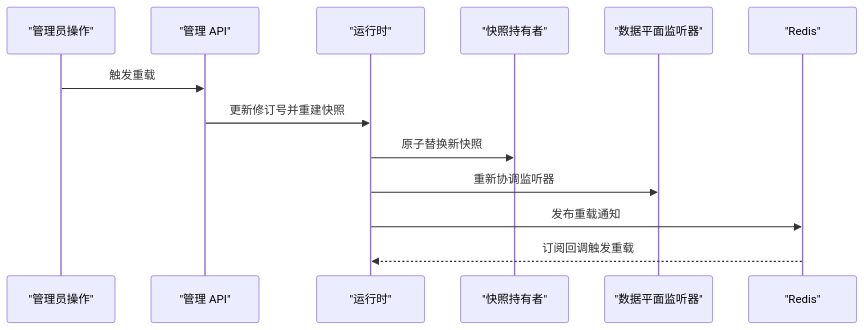
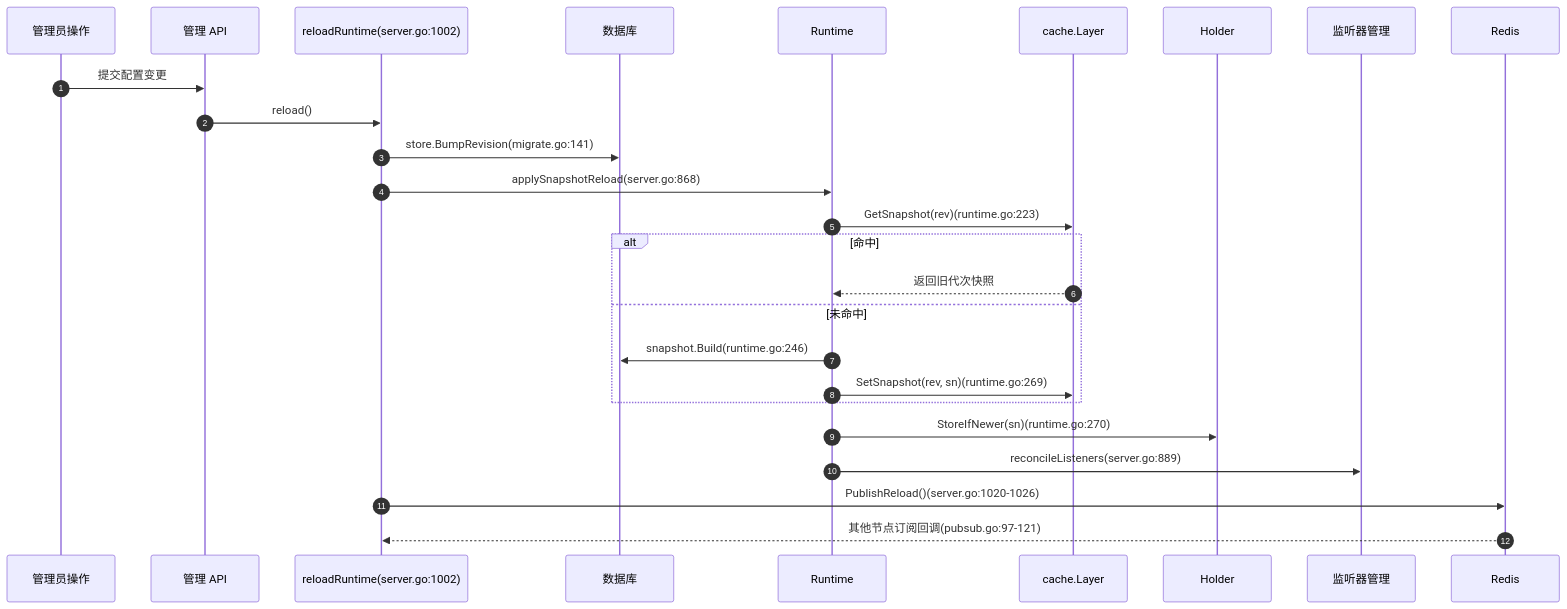
Before and after one commit to x01n/My-OpenWaf: the second of 7 diagrams in docs/WAF 引擎系统/引擎核心架构/快照系统.md, drawn with Mermaid. The commit also changed other lines of this file and 622 other files, not shown here.

````diff
--- a/docs/WAF 引擎系统/引擎核心架构/快照系统.md
+++ b/docs/WAF 引擎系统/引擎核心架构/快照系统.md
@@ -125,15 +152,28 @@
 ```mermaid
 sequenceDiagram
-participant Admin as "管理员操作"
-participant API as "管理 API"
-participant RT as "运行时"
-participant Snap as "快照持有者"
-participant DP as "数据平面监听器"
-participant Redis as "Redis"
-Admin->>API : 触发重载
-API->>RT : 更新修订号并重建快照
-RT->>Snap : 原子替换新快照
-RT->>DP : 重新协调监听器
-RT->>Redis : 发布重载通知
-Redis-->>RT : 订阅回调触发重载
+autonumber
+participant Admin as 管理员操作
+participant API as 管理 API
+participant RL as reloadRuntime(server.go:1002)
+participant DB as 数据库
+participant RT as Runtime
+participant LC as cache.Layer
+participant HD as Holder
+participant LM as 监听器管理
+participant RS as Redis
+Admin->>API : 提交配置变更
+API->>RL : reload()
+RL->>DB : store.BumpRevision(migrate.go:141)
+RL->>RT : applySnapshotReload(server.go:868)
+RT->>LC : GetSnapshot(rev)(runtime.go:223)
+alt 命中
+LC-->>RT : 返回旧代次快照
+else 未命中
+RT->>DB : snapshot.Build(runtime.go:246)
+RT->>LC : SetSnapshot(rev, sn)(runtime.go:269)
+end
+RT->>HD : StoreIfNewer(sn)(runtime.go:270)
+RT->>LM : reconcileListeners(server.go:889)
+RL->>RS : PublishReload()(server.go:1020-1026)
+RS-->>RL : 其他节点订阅回调(pubsub.go:97-121)
 ```
````
